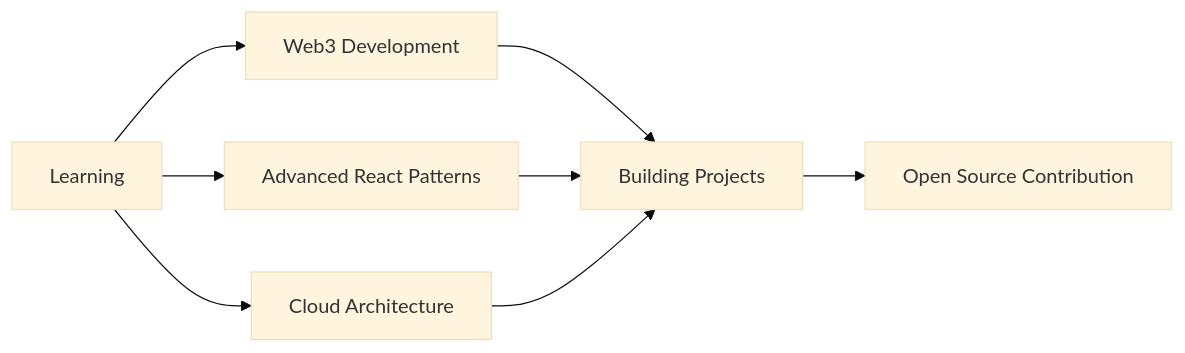
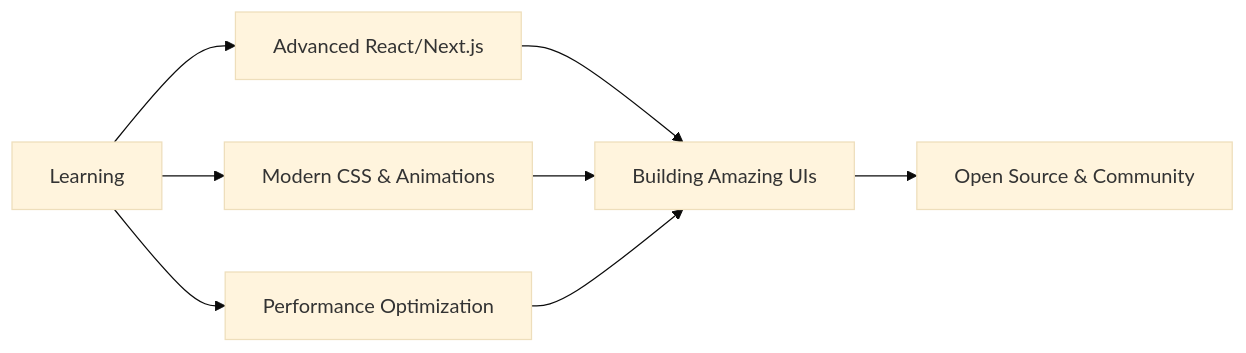
Before and after one commit to CrankyOwl1/CrankyOwl1: the diagram in README.md, drawn with Mermaid (base theme). The commit also changed other lines of this file, not shown here.

````diff
--- a/README.md
+++ b/README.md
@@ -131,10 +131,10 @@
 ```mermaid
 graph LR
-    A[Learning] --> B[Web3 Development]
-    A --> C[Advanced React Patterns]
-    A --> D[Cloud Architecture]
-    B --> E[Building Projects]
+    A[Learning] --> B[Advanced React/Next.js]
+    A --> C[Modern CSS & Animations]
+    A --> D[Performance Optimization]
+    B --> E[Building Amazing UIs]
     C --> E
     D --> E
-    E --> F[Open Source Contribution]
+    E --> F[Open Source & Community]
 ```
````
